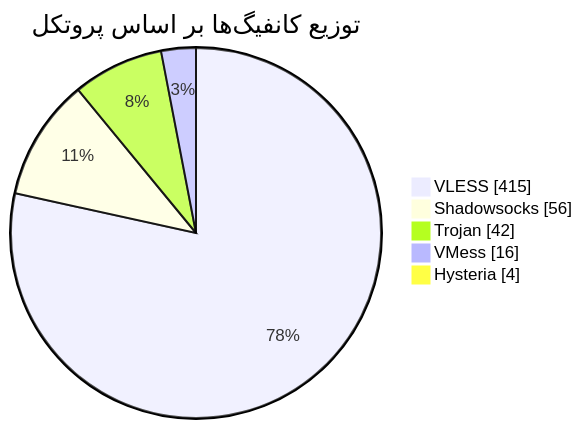
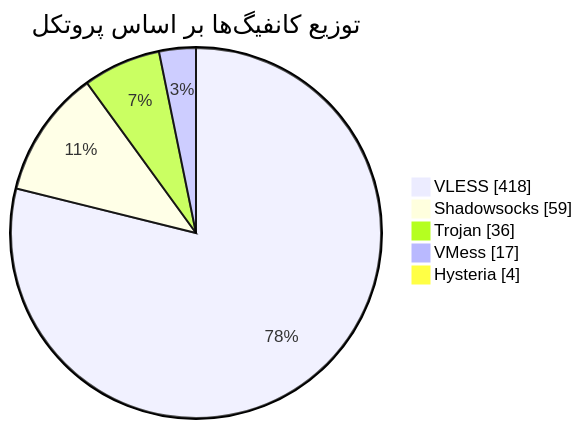
Before and after one commit to Arian-Alijani/Somthing: the diagram in README.md, drawn with Mermaid. The commit also changed other lines of this file and 73 other files, not shown here.

````diff
--- a/README.md
+++ b/README.md
@@ -47,9 +47,9 @@
 ```mermaid
 pie showData
     title توزیع کانفیگ‌ها بر اساس پروتکل
-    "VLESS" : 415
-    "Shadowsocks" : 56
-    "Trojan" : 42
-    "VMess" : 16
+    "VLESS" : 418
+    "Shadowsocks" : 59
+    "Trojan" : 36
+    "VMess" : 17
     "Hysteria" : 4
 ```
````
